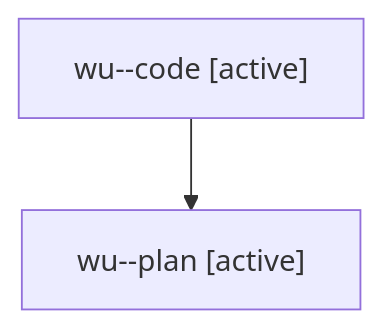
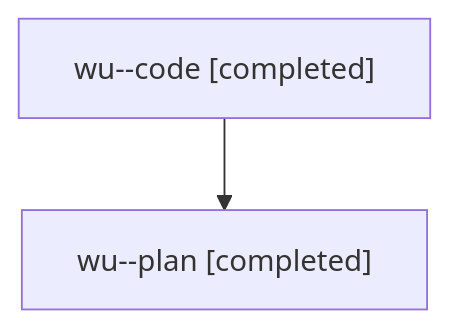
The diagram in families/bbugyi200.athena.wu.md (sase-org/sase--agents), drawn with Mermaid before and after one commit. The commit also changed other lines of this file and 1497 other files, not shown here.

````diff
--- a/families/bbugyi200.athena.wu.md
+++ b/families/bbugyi200.athena.wu.md
@@ -9,6 +9,6 @@
 ```mermaid
 flowchart TD
-  n0["wu--code [active]"]
-  n1["wu--plan [active]"]
+  n0["wu--code [completed]"]
+  n1["wu--plan [completed]"]
   n0 --> n1
 ```
````
